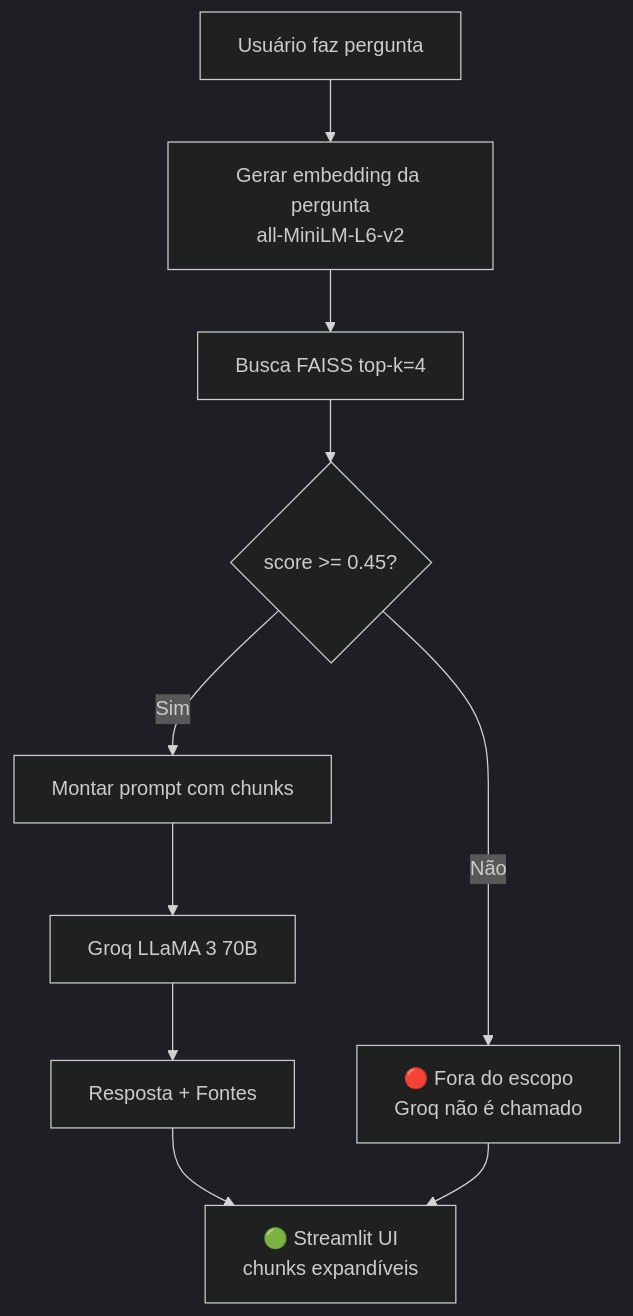
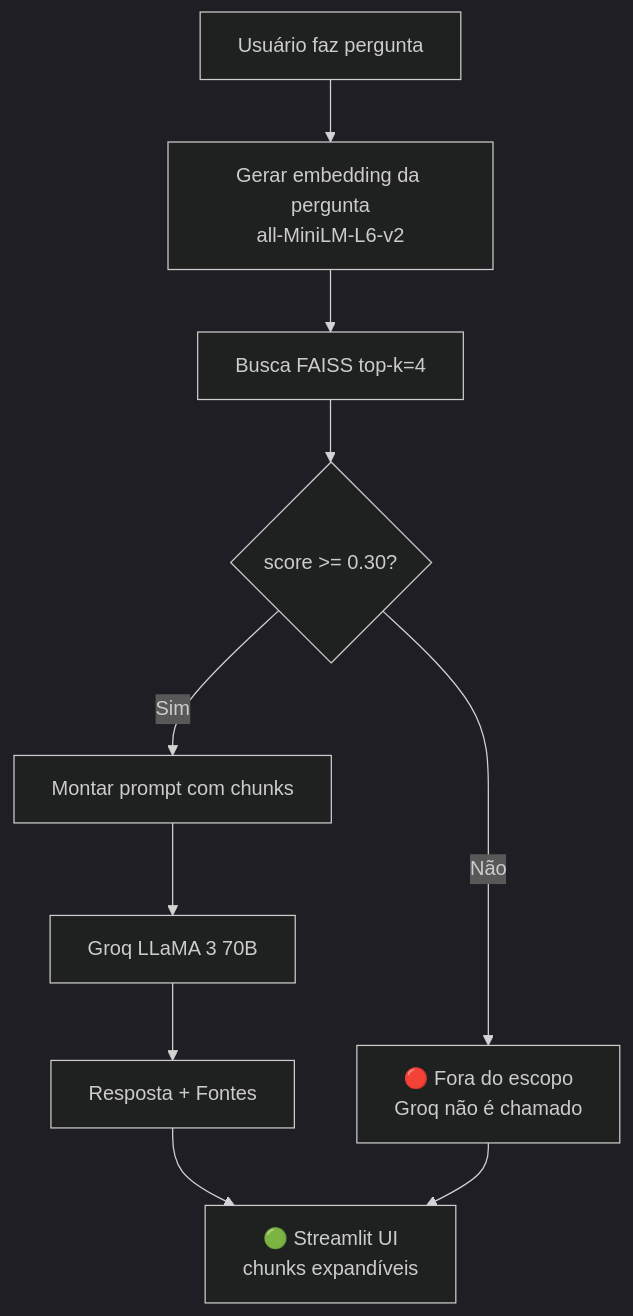
Before and after one commit to GuiAlmeida03/space-rag: the diagram in README.md, drawn with Mermaid (dark theme). The commit also changed other lines of this file and 2 other files, not shown here.

Commit message:
fix: lower threshold to 0.3 for better query coverage

````diff
--- a/README.md
+++ b/README.md
@@ -8,12 +8,12 @@
 ```mermaid
 flowchart TD
     A[Usuário faz pergunta] --> B[Gerar embedding da pergunta\nall-MiniLM-L6-v2]
     B --> C[Busca FAISS top-k=4]
-    C --> D{score >= 0.45?}
+    C --> D{score >= 0.30?}
     D -- Não --> E[🔴 Fora do escopo\nGroq não é chamado]
     D -- Sim --> F[Montar prompt com chunks]
     F --> G[Groq LLaMA 3 70B]
     G --> H[Resposta + Fontes]
     H --> I[🟢 Streamlit UI\nchunks expandíveis]
     E --> I
 ```
````
